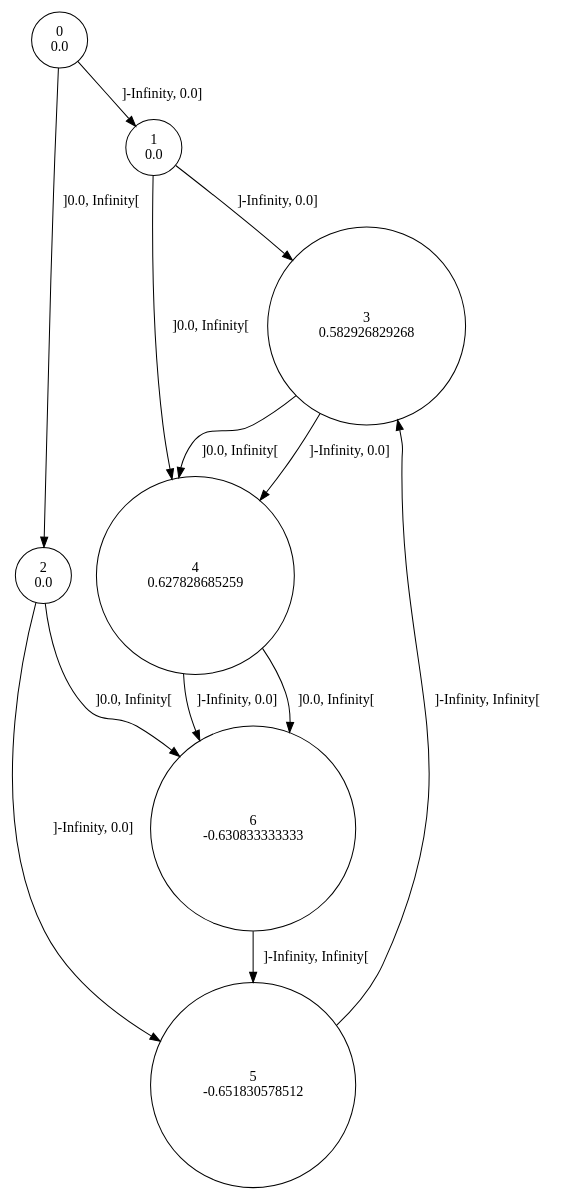
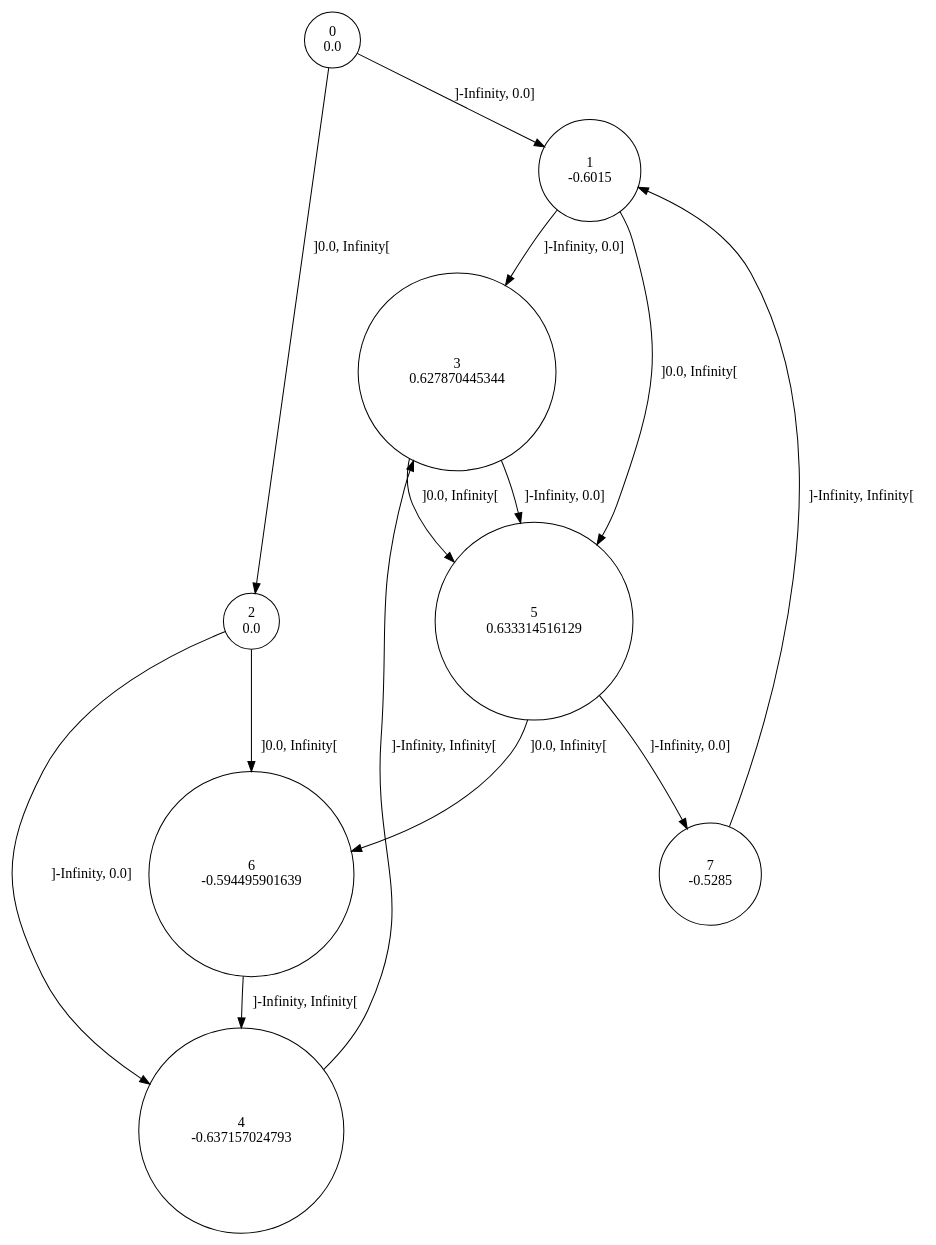
Before and after one commit to gllpellegrino/RAI_experiments: the diagram in sinus/data/6/rtisy.dot, drawn with Graphviz. The commit also changed 306 other files, not shown here.

```diff
--- a/sinus/data/6/rtisy.dot
+++ b/sinus/data/6/rtisy.dot
@@ -1,21 +1,23 @@
 digraph a {
 0 [shape=circle, label="0\n0.0"];
 	0 -> 1 [label="]-Infinity, 0.0]"];
 	0 -> 2 [label="]0.0, Infinity["];
-1 [shape=circle, label="1\n0.0"];
+1 [shape=circle, label="1\n-0.6015"];
 	1 -> 3 [label="]-Infinity, 0.0]"];
-	1 -> 4 [label="]0.0, Infinity["];
+	1 -> 5 [label="]0.0, Infinity["];
 2 [shape=circle, label="2\n0.0"];
-	2 -> 5 [label="]-Infinity, 0.0]"];
+	2 -> 4 [label="]-Infinity, 0.0]"];
 	2 -> 6 [label="]0.0, Infinity["];
-3 [shape=circle, label="3\n0.582926829268"];
-	3 -> 4 [label="]-Infinity, 0.0]"];
-	3 -> 4 [label="]0.0, Infinity["];
-4 [shape=circle, label="4\n0.627828685259"];
-	4 -> 6 [label="]-Infinity, 0.0]"];
-	4 -> 6 [label="]0.0, Infinity["];
-5 [shape=circle, label="5\n-0.651830578512"];
-	5 -> 3 [label="]-Infinity, Infinity["];
-6 [shape=circle, label="6\n-0.630833333333"];
-	6 -> 5 [label="]-Infinity, Infinity["];
+3 [shape=circle, label="3\n0.627870445344"];
+	3 -> 5 [label="]-Infinity, 0.0]"];
+	3 -> 5 [label="]0.0, Infinity["];
+4 [shape=circle, label="4\n-0.637157024793"];
+	4 -> 3 [label="]-Infinity, Infinity["];
+5 [shape=circle, label="5\n0.633314516129"];
+	5 -> 7 [label="]-Infinity, 0.0]"];
+	5 -> 6 [label="]0.0, Infinity["];
+6 [shape=circle, label="6\n-0.594495901639"];
+	6 -> 4 [label="]-Infinity, Infinity["];
+7 [shape=circle, label="7\n-0.5285"];
+	7 -> 1 [label="]-Infinity, Infinity["];
 }
```
